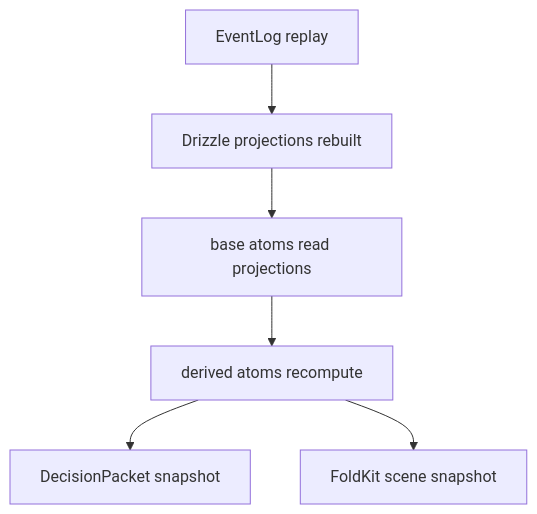
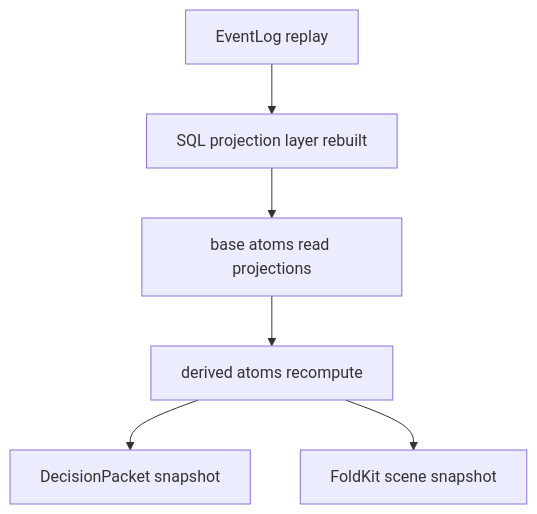
Before and after one commit to becker63/attune: diagram 13 of 13 in docs/attuned/Attune Atom, Reactivity, and State Philosophy.md, drawn with Mermaid. The commit also changed other lines of this file and 320 other files, not shown here.

````diff
--- a/docs/attuned/Attune Atom, Reactivity, and State Philosophy.md
+++ b/docs/attuned/Attune Atom, Reactivity, and State Philosophy.md
@@ -895,8 +895,8 @@
 ```mermaid
 flowchart TD
-  A["EventLog replay"] --> B["Drizzle projections rebuilt"]
+  A["EventLog replay"] --> B["SQL projection layer rebuilt"]
   B --> C["base atoms read projections"]
   C --> D["derived atoms recompute"]
   D --> E["DecisionPacket snapshot"]
   D --> F["FoldKit scene snapshot"]
 ```
````
